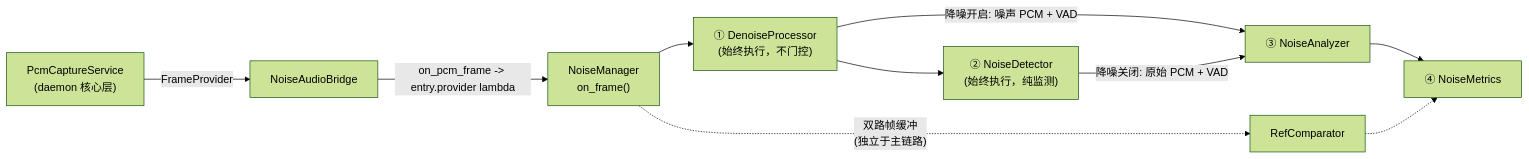
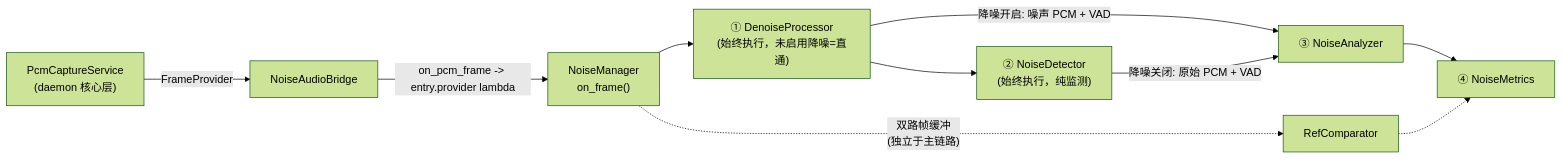
One commit to JunJunHub/aes67-linux-daemon changed the third of 6 diagrams in docs/noise/architecture-design.md. Above: the diagram before and after it, drawn with Mermaid (forest theme). The commit also changed other lines of this file, not shown here.

Commit message:
docs: 修复 noise 文档架构图错误

````diff
--- a/docs/noise/architecture-design.md
+++ b/docs/noise/architecture-design.md
@@ -323,12 +323,12 @@
 ```mermaid
 flowchart LR
     PCS["PcmCaptureService<br/>(daemon 核心层)"] -->|FrameProvider| BRIDGE["NoiseAudioBridge"]
     BRIDGE -->|"on_pcm_frame -> entry.provider lambda"| NM["NoiseManager<br/>on_frame()"]
-    NM --> DNR["① DenoiseProcessor<br/>(始终执行，不门控)"]
+    NM --> DNR["① DenoiseProcessor<br/>(始终执行，未启用降噪=直通)"]
     DNR --> DET["② NoiseDetector<br/>(始终执行，纯监测)"]
     DNR -->|"降噪开启: 噪声 PCM + VAD"| ANA["③ NoiseAnalyzer"]
     DET -->|"降噪关闭: 原始 PCM + VAD"| ANA
     ANA --> MET["④ NoiseMetrics"]
     NM -.->|"双路帧缓冲<br/>(独立于主链路)"| REF["RefComparator"]
     REF -.-> MET
 ```
````
